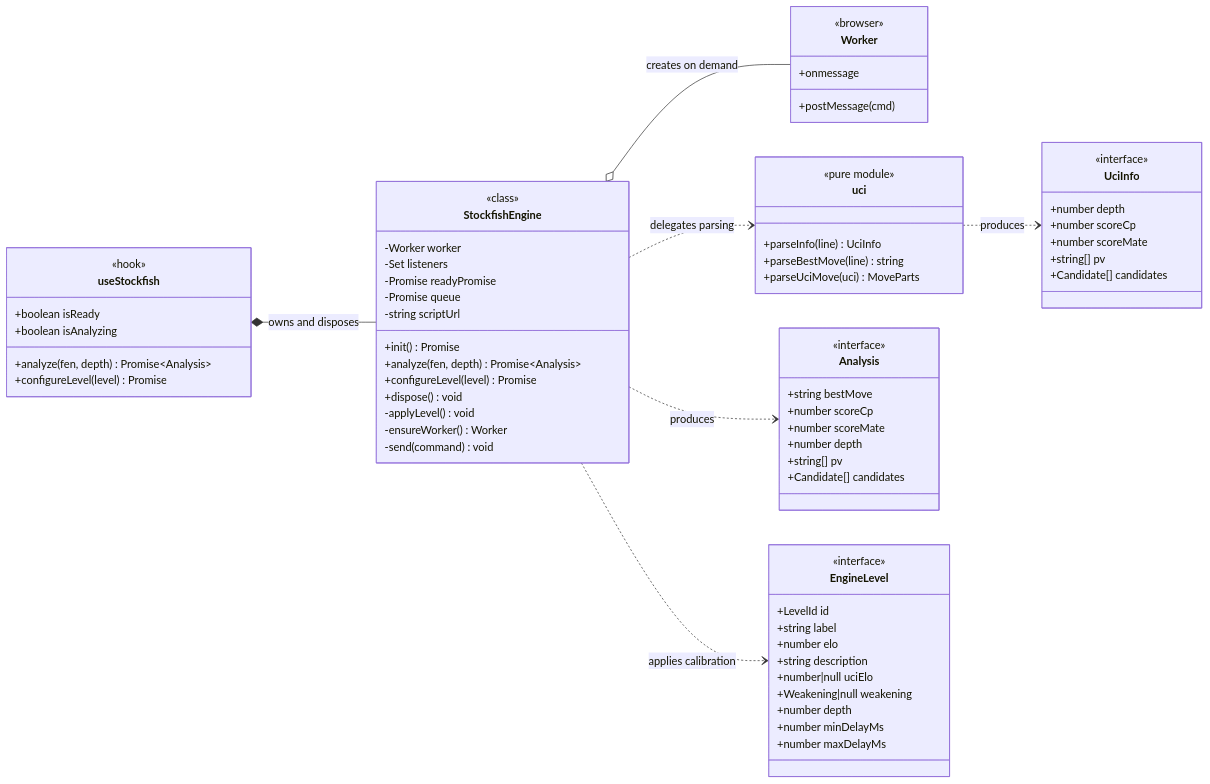
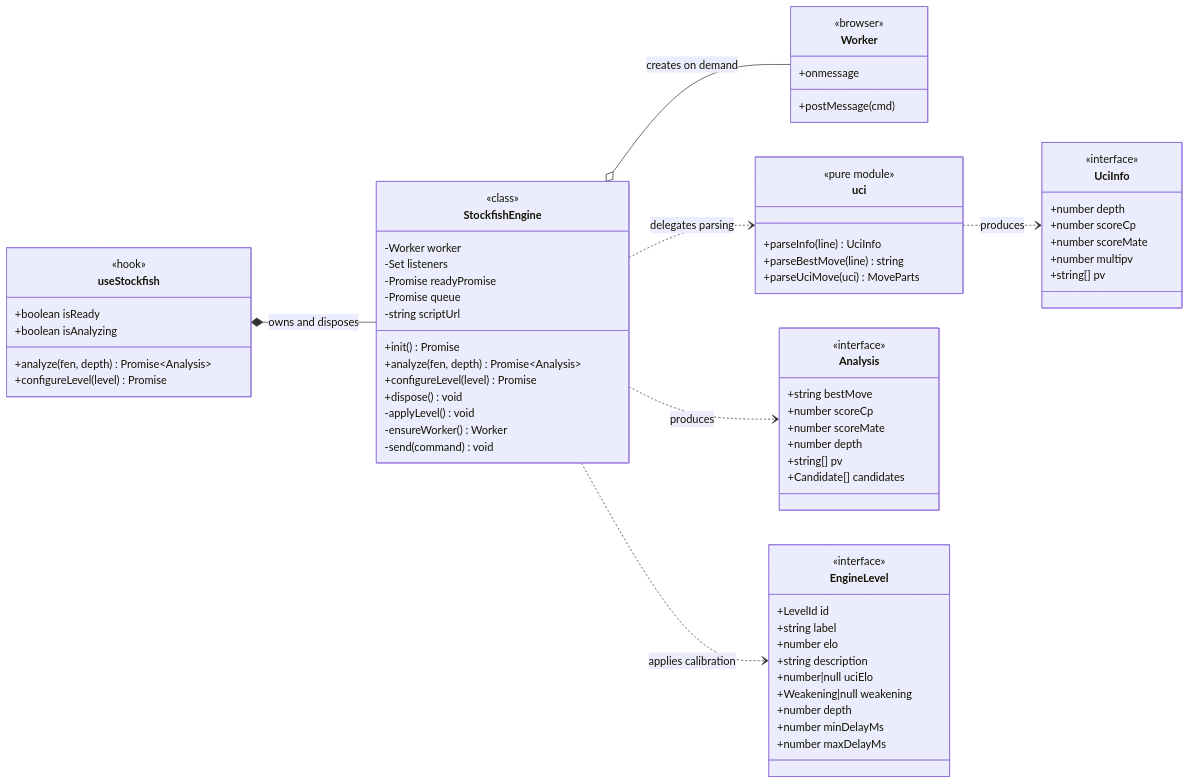
Before and after one commit to Amayyas/ChessTrainer: the first of 4 diagrams in docs/architecture.md, drawn with Mermaid. The commit also changed 4 other files, not shown here.

````diff
--- a/docs/architecture.md
+++ b/docs/architecture.md
@@ -34,80 +34,80 @@
 ```mermaid
 classDiagram
     direction LR
 
     class StockfishEngine {
         <<class>>
         -Worker worker
         -Set listeners
         -Promise readyPromise
         -Promise queue
         -string scriptUrl
         +init() Promise
         +analyze(fen, depth) Promise~Analysis~
         +configureLevel(level) Promise
         +dispose() void
         -applyLevel() void
         -ensureWorker() Worker
         -send(command) void
     }
 
     class Worker {
         <<browser>>
         +postMessage(cmd)
         +onmessage
     }
 
     class uci {
         <<pure module>>
         +parseInfo(line) UciInfo
         +parseBestMove(line) string
         +parseUciMove(uci) MoveParts
     }
 
     class UciInfo {
         <<interface>>
         +number depth
         +number scoreCp
         +number scoreMate
+        +number multipv
         +string[] pv
-        +Candidate[] candidates
     }
 
     class Analysis {
         <<interface>>
         +string bestMove
         +number scoreCp
         +number scoreMate
         +number depth
         +string[] pv
         +Candidate[] candidates
     }
 
     class EngineLevel {
         <<interface>>
         +LevelId id
         +string label
         +number elo
         +string description
         +number|null uciElo
         +Weakening|null weakening
         +number depth
         +number minDelayMs
         +number maxDelayMs
     }
 
     class useStockfish {
         <<hook>>
         +boolean isReady
         +boolean isAnalyzing
         +analyze(fen, depth) Promise~Analysis~
         +configureLevel(level) Promise
     }
 
     useStockfish *-- StockfishEngine : owns and disposes
     StockfishEngine o-- Worker : creates on demand
     StockfishEngine ..> uci : delegates parsing
     uci ..> UciInfo : produces
     StockfishEngine ..> Analysis : produces
     StockfishEngine ..> EngineLevel : applies calibration
 ```
````
